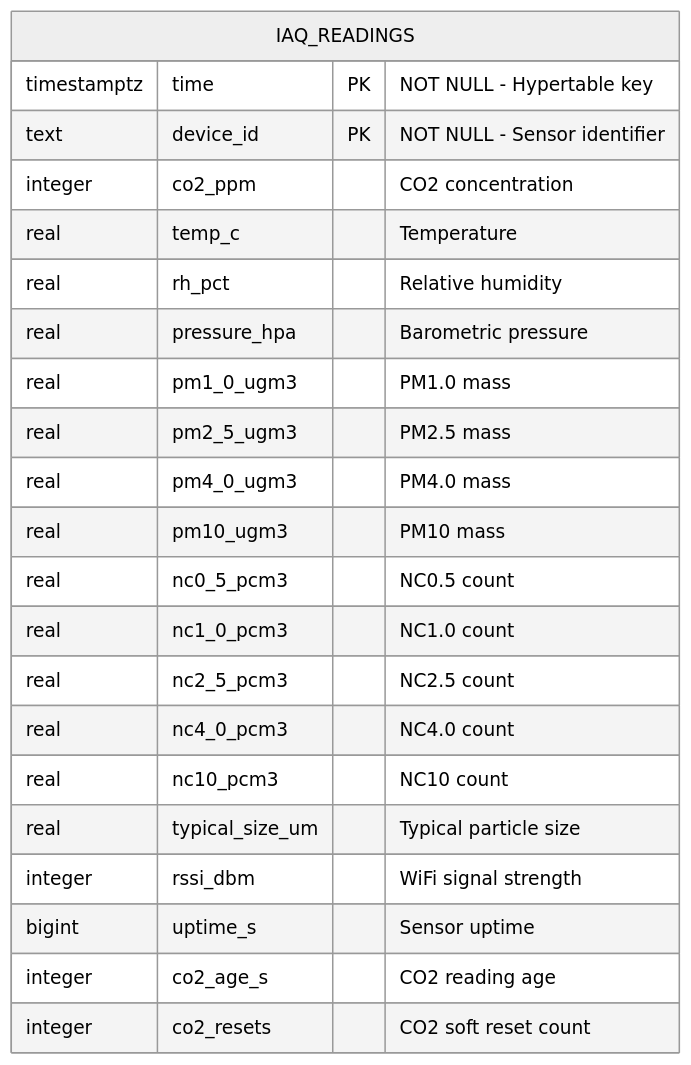
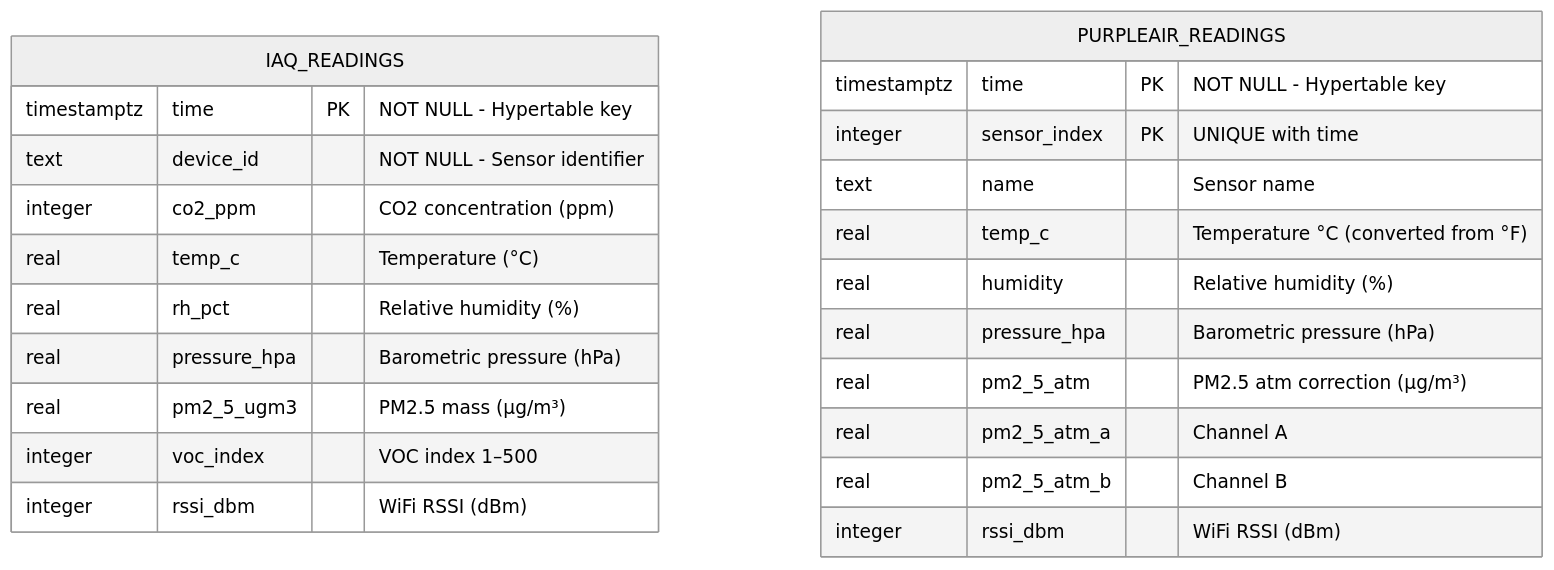
Diagram 15 of 21 in docs/architecture.md (kuvychko/env_monitoring), drawn with Mermaid (neutral theme) before and after one commit. The commit also changed other lines of this file and 13 other files, not shown here.

````diff
--- a/docs/architecture.md
+++ b/docs/architecture.md
@@ -499,25 +525,27 @@
 ```mermaid
 erDiagram
     IAQ_READINGS {
         timestamptz time PK "NOT NULL - Hypertable key"
-        text device_id PK "NOT NULL - Sensor identifier"
-        integer co2_ppm "CO2 concentration"
-        real temp_c "Temperature"
-        real rh_pct "Relative humidity"
-        real pressure_hpa "Barometric pressure"
-        real pm1_0_ugm3 "PM1.0 mass"
-        real pm2_5_ugm3 "PM2.5 mass"
-        real pm4_0_ugm3 "PM4.0 mass"
-        real pm10_ugm3 "PM10 mass"
-        real nc0_5_pcm3 "NC0.5 count"
-        real nc1_0_pcm3 "NC1.0 count"
-        real nc2_5_pcm3 "NC2.5 count"
-        real nc4_0_pcm3 "NC4.0 count"
-        real nc10_pcm3 "NC10 count"
-        real typical_size_um "Typical particle size"
-        integer rssi_dbm "WiFi signal strength"
-        bigint uptime_s "Sensor uptime"
-        integer co2_age_s "CO2 reading age"
-        integer co2_resets "CO2 soft reset count"
+        text device_id "NOT NULL - Sensor identifier"
+        integer co2_ppm "CO2 concentration (ppm)"
+        real temp_c "Temperature (°C)"
+        real rh_pct "Relative humidity (%)"
+        real pressure_hpa "Barometric pressure (hPa)"
+        real pm2_5_ugm3 "PM2.5 mass (µg/m³)"
+        integer voc_index "VOC index 1–500"
+        integer rssi_dbm "WiFi RSSI (dBm)"
+    }
+
+    PURPLEAIR_READINGS {
+        timestamptz time PK "NOT NULL - Hypertable key"
+        integer sensor_index PK "UNIQUE with time"
+        text name "Sensor name"
+        real temp_c "Temperature °C (converted from °F)"
+        real humidity "Relative humidity (%)"
+        real pressure_hpa "Barometric pressure (hPa)"
+        real pm2_5_atm "PM2.5 atm correction (µg/m³)"
+        real pm2_5_atm_a "Channel A"
+        real pm2_5_atm_b "Channel B"
+        integer rssi_dbm "WiFi RSSI (dBm)"
     }
 ```
````
